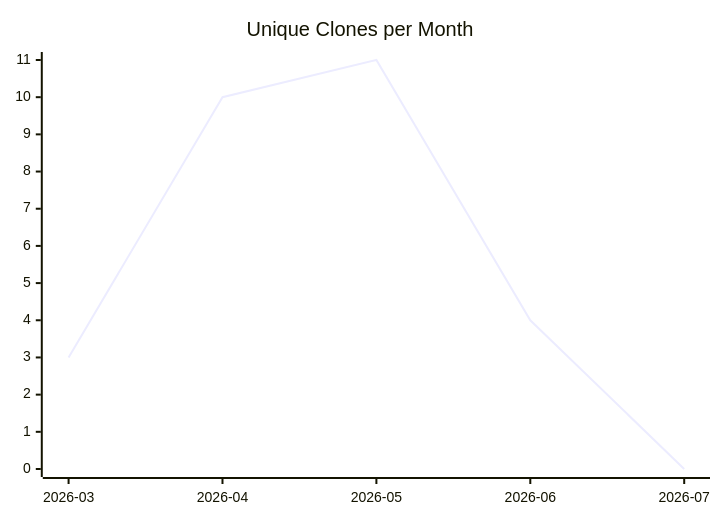
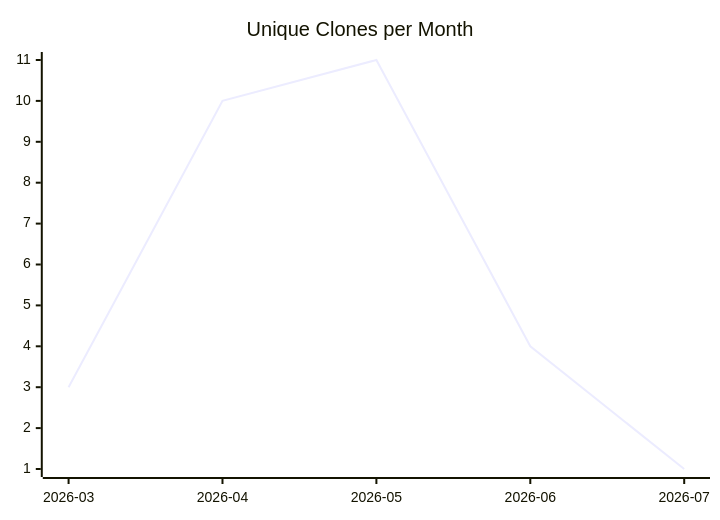
One commit to justdavis-family/github-analytics-data changed the third of 3 diagrams in karlmdavis/bbonfhir-dev-infra-docker/README.md. Above: the diagram before and after it, drawn with Mermaid. The commit also changed other lines of this file and 180 other files, not shown here.

````diff
--- a/karlmdavis/bbonfhir-dev-infra-docker/README.md
+++ b/karlmdavis/bbonfhir-dev-infra-docker/README.md
@@ -19,6 +19,6 @@
 ```mermaid
 xychart-beta
   title "Unique Clones per Month"
   x-axis ["2026-03", "2026-04", "2026-05", "2026-06", "2026-07"]
-  line [3, 10, 11, 4, 0]
+  line [3, 10, 11, 4, 1]
 ```
````
